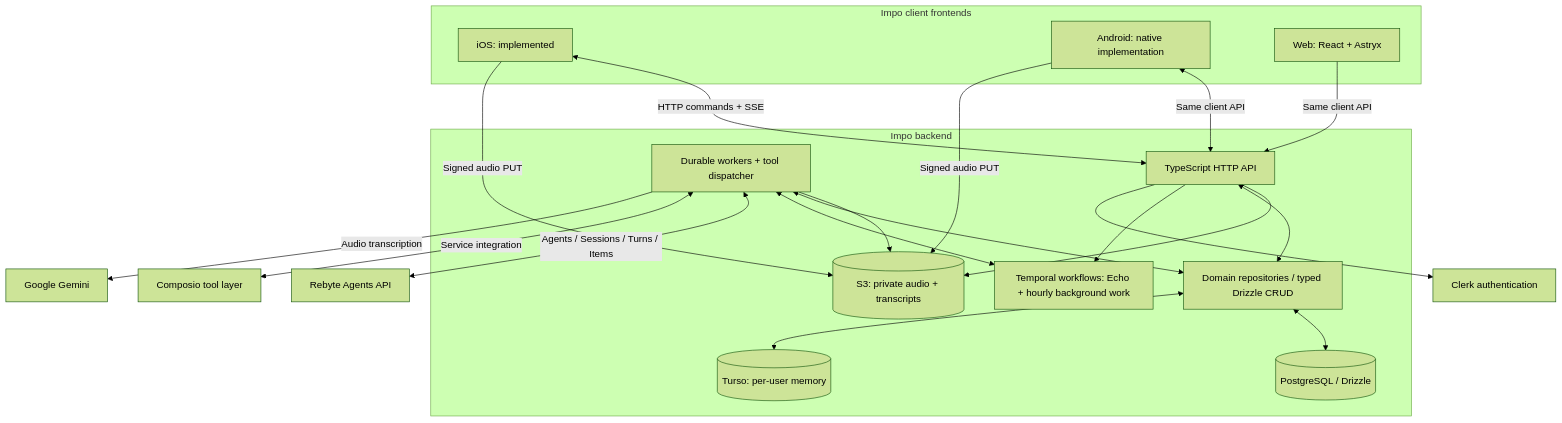
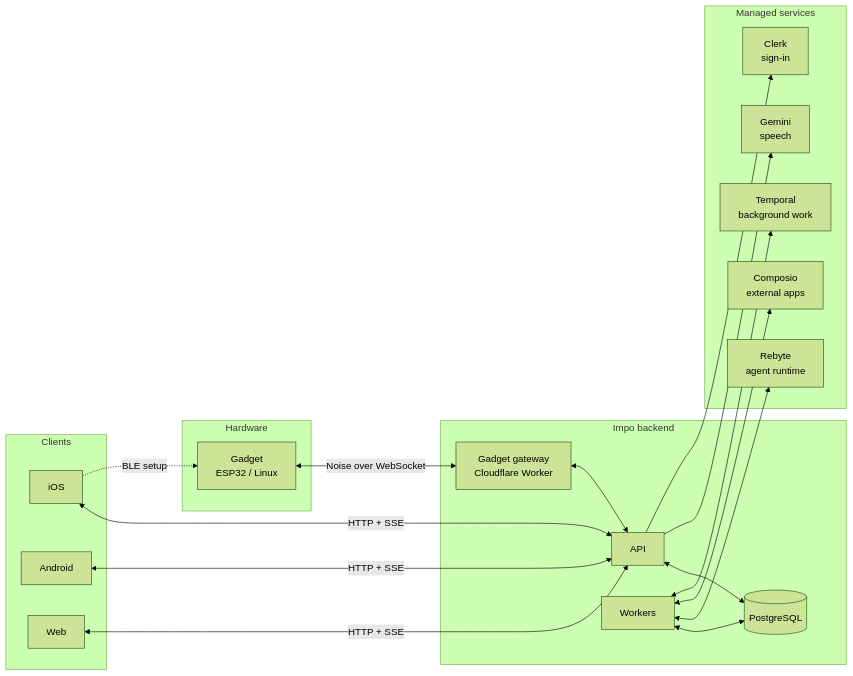
The diagram in README.md (impoai/impo), drawn with Mermaid (forest theme) before and after one commit. The commit also changed other lines of this file, not shown here.

Commit message:
Rewrite the README around the current architecture

````diff
--- a/README.md
+++ b/README.md
@@ -74,34 +30,37 @@
 ```mermaid
-flowchart TB
-    subgraph Clients["Impo client frontends"]
-        App["iOS: implemented"]
-        Android["Android: native implementation"]
-        Web["Web: React + Astryx"]
+flowchart LR
+    subgraph Clients
+        iOS
+        Android
+        Web
+    end
+    subgraph Hardware
+        Gadget["Gadget<br/>ESP32 / Linux"]
     end
     subgraph Backend["Impo backend"]
-        API["TypeScript HTTP API"]
-        Repositories["Domain repositories / typed Drizzle CRUD"]
-        DB[("PostgreSQL / Drizzle")]
-        Worker["Durable workers + tool dispatcher"]
-        Temporal["Temporal workflows: Echo + hourly background work"]
-        S3[("S3: private audio + transcripts")]
-        Turso[("Turso: per-user memory")]
-        Worker --> S3
-        API --> S3
-        API <--> Repositories
-        Worker <--> Repositories
-        Repositories <--> DB
-        Repositories <--> Turso
-        API --> Temporal
-        Worker <--> Temporal
+        API["API"]
+        Worker["Workers"]
+        DB[("PostgreSQL")]
+        Gateway["Gadget gateway<br/>Cloudflare Worker"]
     end
-    App <-->|"HTTP commands + SSE"| API
-    App -->|"Signed audio PUT"| S3
-    Android <-->|"Same client API"| API
-    Android -->|"Signed audio PUT"| S3
-    Web -->|"Same client API"| API
-    API --> Clerk["Clerk authentication"]
-    Worker <-->|"Agents / Sessions / Turns / Items"| Rebyte["Rebyte Agents API"]
-    Worker <-->|"Service integration"| Composio["Composio tool layer"]
-    Worker -->|"Audio transcription"| Gemini["Google Gemini"]
+    subgraph Services["Managed services"]
+        Rebyte["Rebyte<br/>agent runtime"]
+        Composio["Composio<br/>external apps"]
+        Temporal["Temporal<br/>background work"]
+        Gemini["Gemini<br/>speech"]
+        Clerk["Clerk<br/>sign-in"]
+    end
+    iOS <-->|HTTP + SSE| API
+    Android <-->|HTTP + SSE| API
+    Web <-->|HTTP + SSE| API
+    iOS -.->|BLE setup| Gadget
+    Gadget <-->|Noise over WebSocket| Gateway
+    Gateway <--> API
+    API <--> DB
+    Worker <--> DB
+    Worker <--> Rebyte
+    Worker <--> Composio
+    Worker <--> Temporal
+    API --> Gemini
+    API --> Clerk
 ```
````
